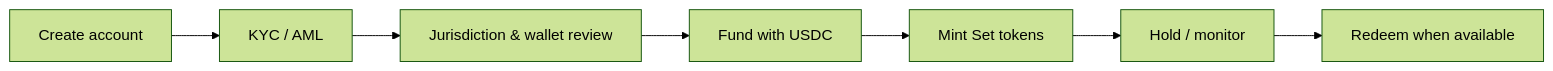
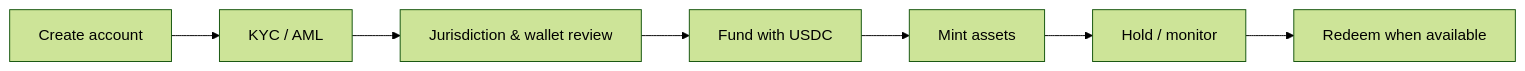
One commit to Coreset-labs/setmos-docs changed the diagram in how-to-invest.mdx. Above: the diagram before and after it, drawn with Mermaid (forest theme). The commit also changed other lines of this file and 7 other files, not shown here.

````diff
--- a/how-to-invest.mdx
+++ b/how-to-invest.mdx
@@ -10,9 +10,9 @@
 ```mermaid
 flowchart LR
   A["Create account"] --> B["KYC / AML"]
   B --> C["Jurisdiction & wallet review"]
   C --> D["Fund with USDC"]
-  D --> E["Mint Set tokens"]
+  D --> E["Mint assets"]
   E --> F["Hold / monitor"]
   F --> G["Redeem when available"]
 ```
````
